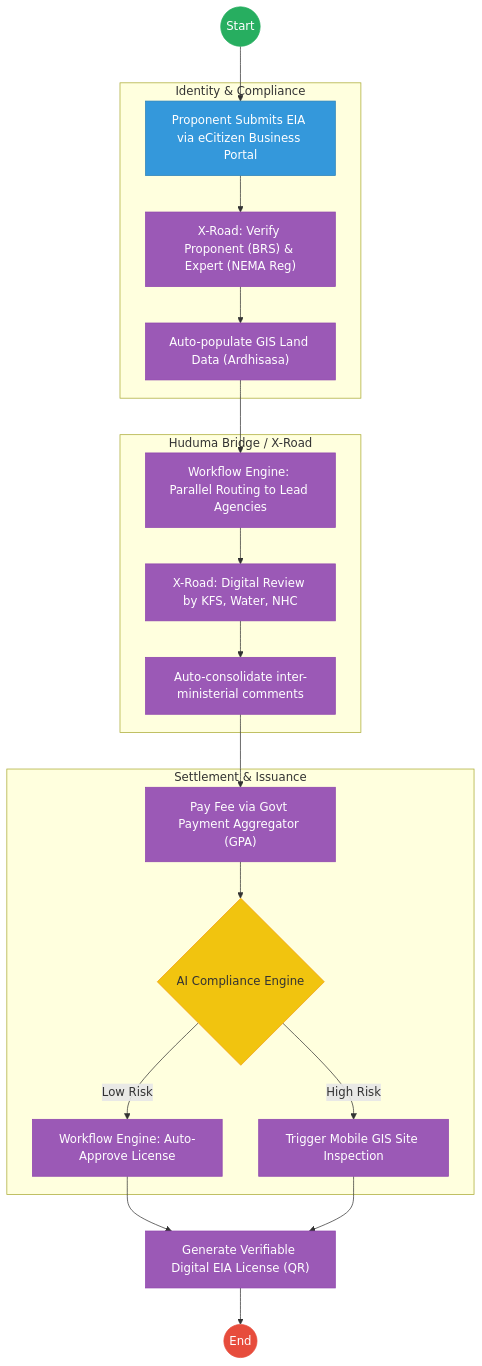
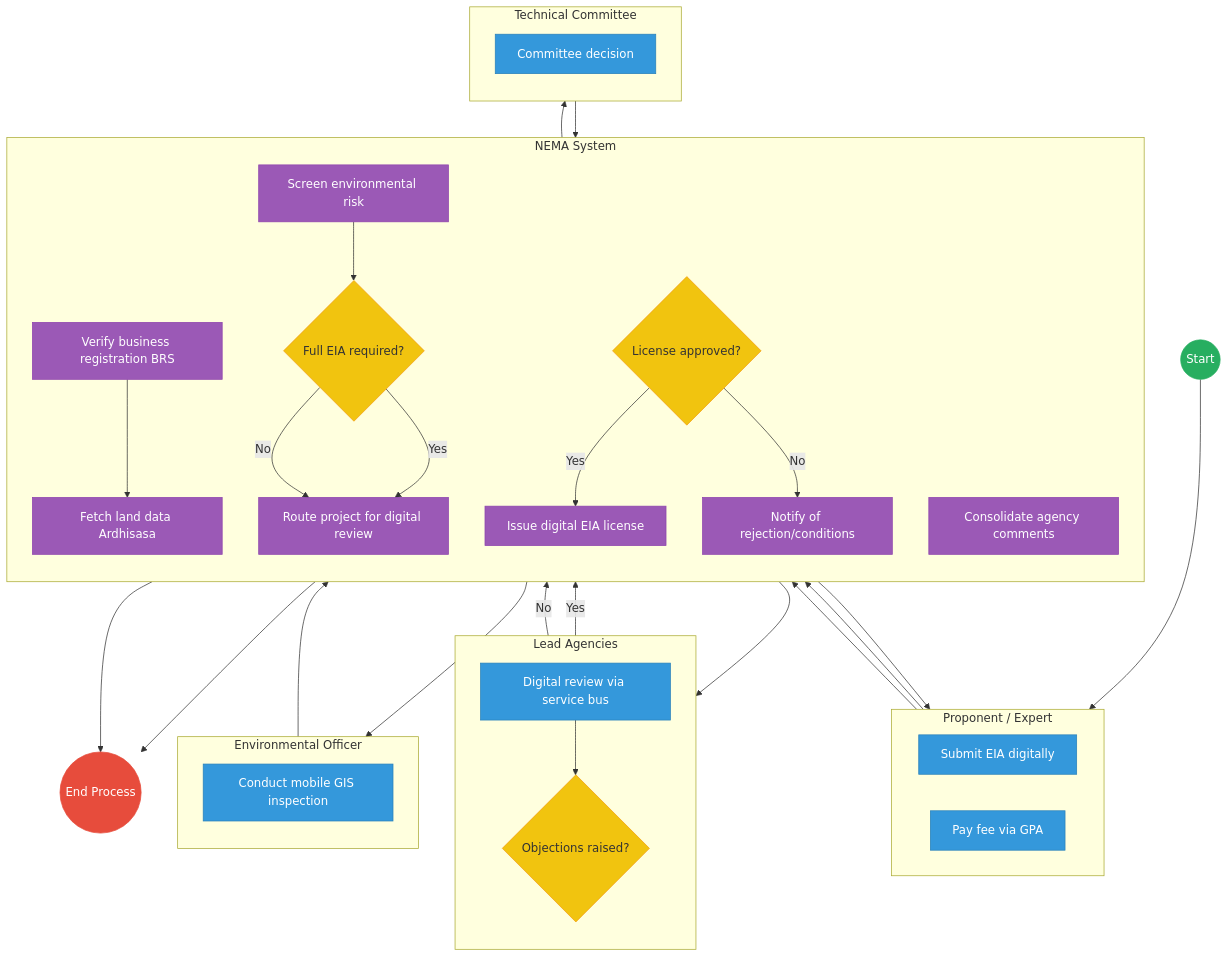
Before and after one commit to BITZ-IT-Consulting-LTD/ictapoc: the second of 2 diagrams in mdas/docs_final/priority_mdas/National_Environment_Management_Authority___Service_Delivery.md, drawn with Mermaid. The commit also changed other lines of this file and 109 other files, not shown here.

````diff
--- a/mdas/docs_final/priority_mdas/National_Environment_Management_Authority___Service_Delivery.md
+++ b/mdas/docs_final/priority_mdas/National_Environment_Management_Authority___Service_Delivery.md
@@ -113,38 +165,83 @@
 ```mermaid
-graph TD
-    Start((Start)) --> Portal["Proponent Submits EIA via eCitizen Business Portal"]
+flowchart TD
+    %% Events
+    Start((Start))
+    EndProcess((End Process))
+
+    subgraph Proponent [Proponent / Expert]
+        direction LR
+        SubmitDig[Submit EIA digitally]
+        PayFee[Pay fee via GPA]
+    end
+
+    subgraph NEMASys [NEMA System]
+        direction TB
+        VerBRS[Verify business registration BRS]
+        FetchLand[Fetch land data Ardhisasa]
+        ScreenRisk[Screen environmental risk]
+        RiskGateway{Full EIA required?}
+        RouteRev[Route project for digital review]
+        ConsComm[Consolidate agency comments]
+        ApprGateway{License approved?}
+        IssueDig[Issue digital EIA license]
+        NotifyRej[Notify of rejection/conditions]
+    end
+
+    subgraph LeadAgencies [Lead Agencies]
+        direction TB
+        DigRev[Digital review via service bus]
+        ObjGateway{Objections raised?}
+    end
+
+    subgraph EnvOfficer [Environmental Officer]
+        direction TB
+        GISInsp[Conduct mobile GIS inspection]
+    end
+
+    subgraph TechComm [Technical Committee]
+        direction TB
+        CommDec[Committee decision]
+    end
+
+    %% Flow connections
+    Start --> SubmitDig
+    SubmitDig --> VerBRS
+    VerBRS --> FetchLand
+    FetchLand --> PayFee
+    PayFee --> ScreenRisk
+    ScreenRisk --> RiskGateway
     
-    subgraph Layer2 [Identity & Compliance]
-        Portal --> Verify["X-Road: Verify Proponent (BRS) & Expert (NEMA Reg)"]
-        Verify --> AutoPop["Auto-populate GIS Land Data (Ardhisasa)"]
-    end
+    RiskGateway -- "No" --> RouteRev
+    RiskGateway -- "Yes" --> RouteRev
+    %% Note: In a full implementation, "Yes" would also trigger an automated public participation workflow
     
-    subgraph Layer3 [Huduma Bridge / X-Road]
-        AutoPop --> Parallel["Workflow Engine: Parallel Routing to Lead Agencies"]
-        Parallel --> Agencies["X-Road: Digital Review by KFS, Water, NHC"]
-        Agencies --> Consolidate["Auto-consolidate inter-ministerial comments"]
-    end
+    RouteRev --> GISInsp
+    RouteRev --> DigRev
     
-    subgraph Layer4 [Settlement & Issuance]
-        Consolidate --> Pay["Pay Fee via Govt Payment Aggregator (GPA)"]
-        Pay --> Rules{"AI Compliance Engine"}
-        
-        Rules -- "Low Risk" --> AutoApprove["Workflow Engine: Auto-Approve License"]
-        Rules -- "High Risk" --> Site["Trigger Mobile GIS Site Inspection"]
-    end
+    DigRev --> ObjGateway
+    ObjGateway -- "Yes" --> ConsComm
+    ObjGateway -- "No" --> ConsComm
+    GISInsp --> ConsComm
     
-    AutoApprove --> Output["Generate Verifiable Digital EIA License (QR)"]
-    Site --> Output
-    Output --> End((End))
+    ConsComm --> CommDec
+    CommDec --> ApprGateway
+    
+    ApprGateway -- "Yes" --> IssueDig
+    ApprGateway -- "No" --> NotifyRej
+    
+    IssueDig --> EndProcess
+    NotifyRej --> EndProcess
 
-    classDef start fill:#27ae60,stroke:#27ae60,color:#fff;
-    classDef endNode fill:#e74c3c,stroke:#e74c3c,color:#fff;
+    %% Styling
+    classDef startEvent fill:#27ae60,stroke:#27ae60,color:#fff;
+    classDef endEvent fill:#e74c3c,stroke:#e74c3c,color:#fff;
     classDef userTask fill:#3498db,stroke:#2980b9,color:#fff;
     classDef serviceTask fill:#9b59b6,stroke:#8e44ad,color:#fff;
     classDef gateway fill:#f1c40f,stroke:#f39c12,color:#333;
-    class Start start;
-    class End endNode;
-    class Rules gateway;
-    class Portal userTask;
-    class Verify,AutoPop,Parallel,Agencies,Consolidate,Pay,AutoApprove,Site,Output serviceTask;
+    
+    class Start startEvent;
+    class EndProcess endEvent;
+    class RiskGateway,ObjGateway,ApprGateway gateway;
+    class VerBRS,FetchLand,ScreenRisk,RouteRev,ConsComm,IssueDig,NotifyRej serviceTask;
+    class SubmitDig,PayFee,DigRev,GISInsp,CommDec userTask;
 ```
````
